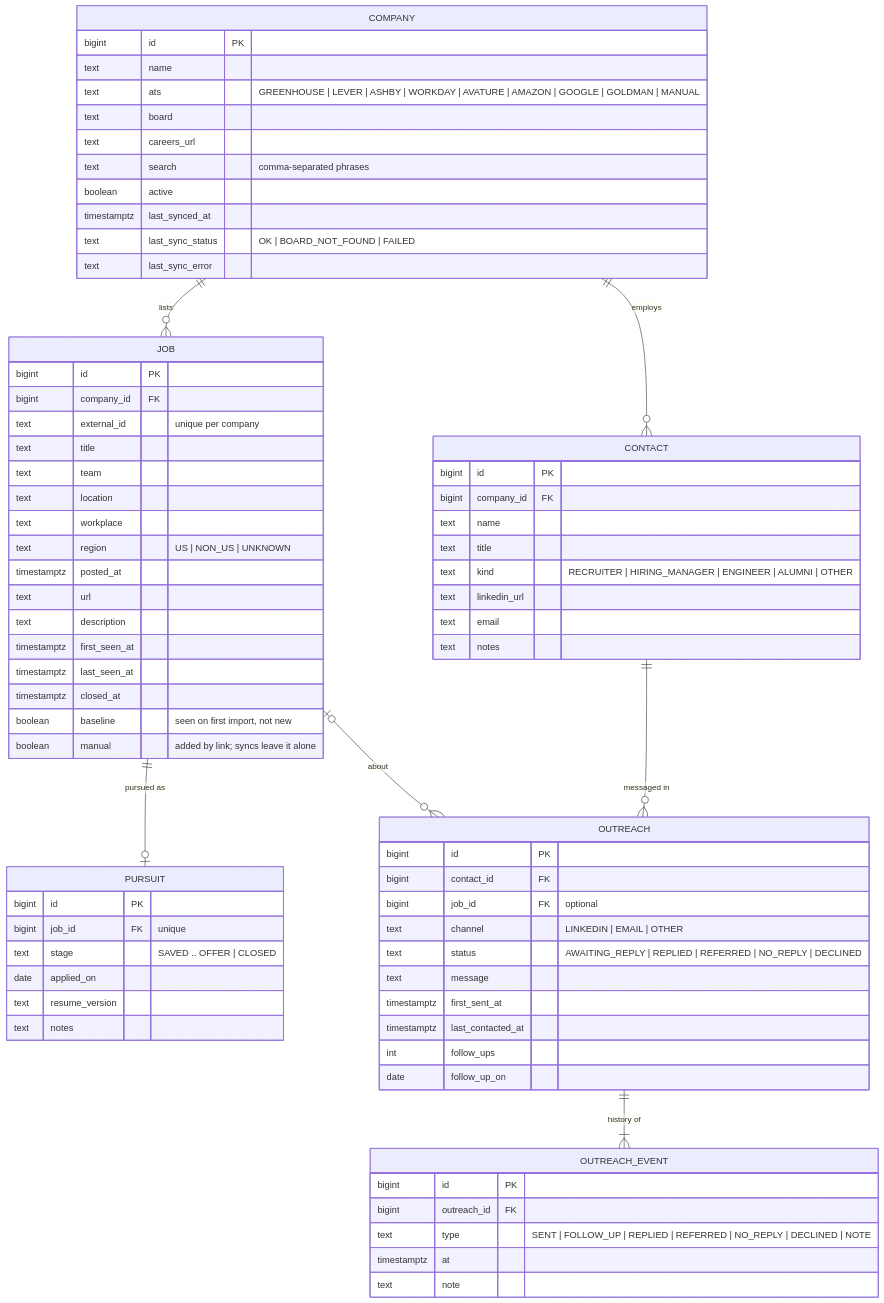
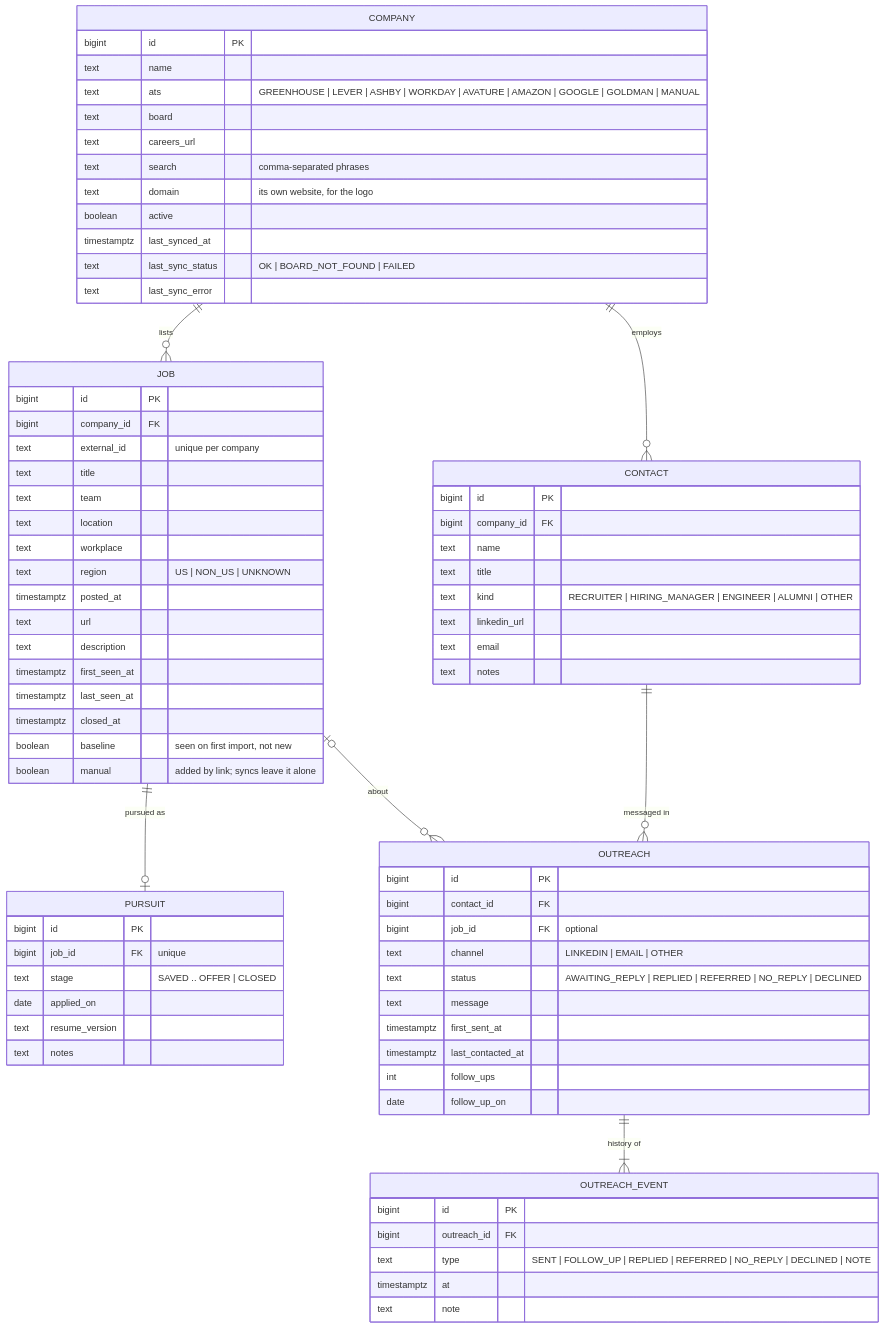
Before and after one commit to TechByChibuzo/job-search-assistant: the fourth of 7 diagrams in docs/architecture.md, drawn with Mermaid. The commit also changed other lines of this file and 4 other files, not shown here.

````diff
--- a/docs/architecture.md
+++ b/docs/architecture.md
@@ -209,77 +209,78 @@
 ```mermaid
 erDiagram
     COMPANY ||--o{ JOB : lists
     COMPANY ||--o{ CONTACT : employs
     JOB ||--o| PURSUIT : "pursued as"
     CONTACT ||--o{ OUTREACH : "messaged in"
     JOB |o--o{ OUTREACH : about
     OUTREACH ||--|{ OUTREACH_EVENT : "history of"
 
     COMPANY {
         bigint id PK
         text name
         text ats "GREENHOUSE | LEVER | ASHBY | WORKDAY | AVATURE | AMAZON | GOOGLE | GOLDMAN | MANUAL"
         text board
         text careers_url
         text search "comma-separated phrases"
+        text domain "its own website, for the logo"
         boolean active
         timestamptz last_synced_at
         text last_sync_status "OK | BOARD_NOT_FOUND | FAILED"
         text last_sync_error
     }
     JOB {
         bigint id PK
         bigint company_id FK
         text external_id "unique per company"
         text title
         text team
         text location
         text workplace
         text region "US | NON_US | UNKNOWN"
         timestamptz posted_at
         text url
         text description
         timestamptz first_seen_at
         timestamptz last_seen_at
         timestamptz closed_at
         boolean baseline "seen on first import, not new"
         boolean manual "added by link; syncs leave it alone"
     }
     CONTACT {
         bigint id PK
         bigint company_id FK
         text name
         text title
         text kind "RECRUITER | HIRING_MANAGER | ENGINEER | ALUMNI | OTHER"
         text linkedin_url
         text email
         text notes
     }
     PURSUIT {
         bigint id PK
         bigint job_id FK "unique"
         text stage "SAVED .. OFFER | CLOSED"
         date applied_on
         text resume_version
         text notes
     }
     OUTREACH {
         bigint id PK
         bigint contact_id FK
         bigint job_id FK "optional"
         text channel "LINKEDIN | EMAIL | OTHER"
         text status "AWAITING_REPLY | REPLIED | REFERRED | NO_REPLY | DECLINED"
         text message
         timestamptz first_sent_at
         timestamptz last_contacted_at
         int follow_ups
         date follow_up_on
     }
     OUTREACH_EVENT {
         bigint id PK
         bigint outreach_id FK
         text type "SENT | FOLLOW_UP | REPLIED | REFERRED | NO_REPLY | DECLINED | NOTE"
         timestamptz at
         text note
     }
 ```
````
